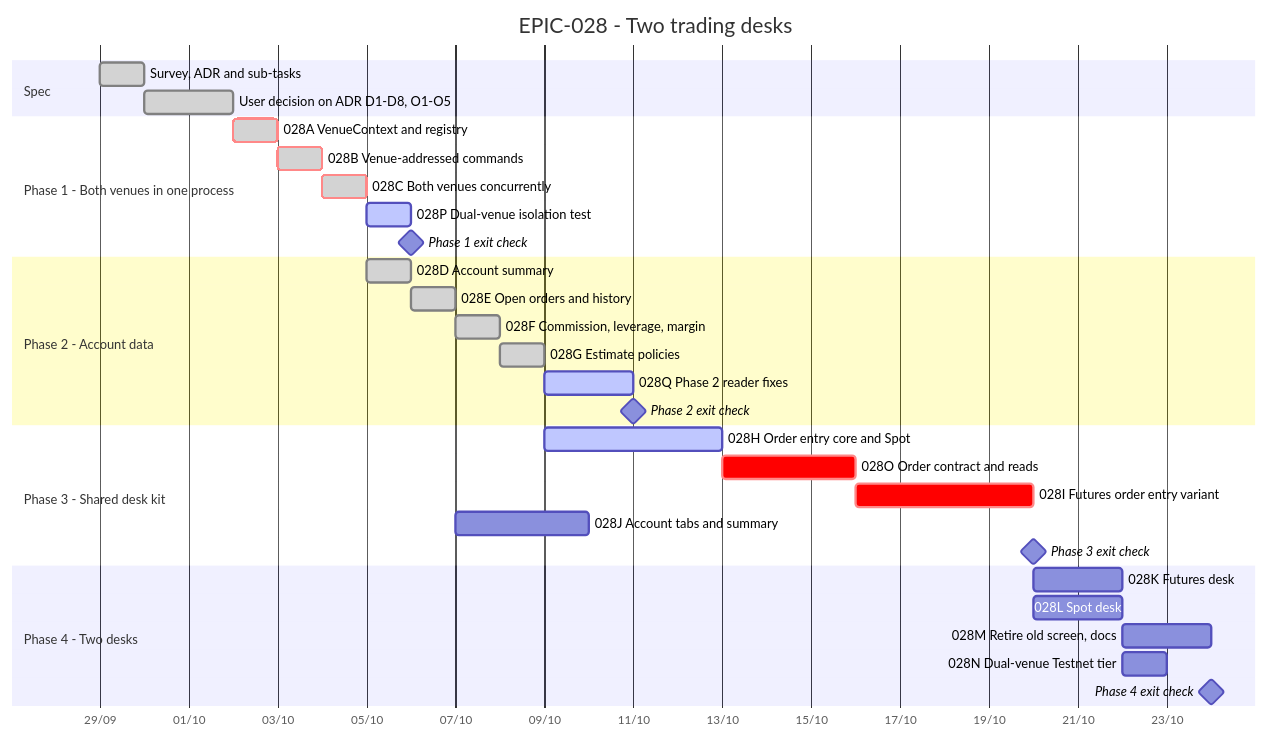
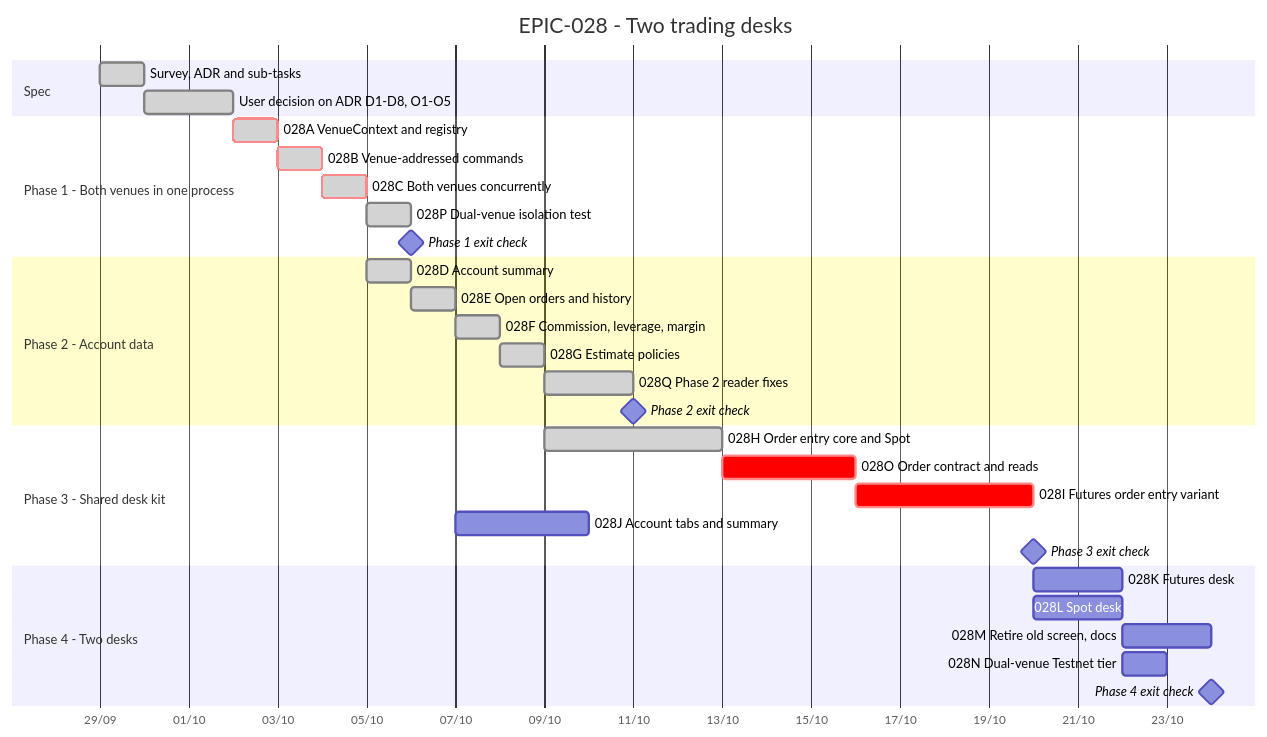
Before and after one commit to anhembedded/Sagittarius_Elite_Warrior: the diagram in Tasks/epics/EPIC-028_futures_and_spot_trading_desks/TRACKING.md, drawn with Mermaid. The commit also changed other lines of this file and 10 other files, not shown here.

````diff
--- a/Tasks/epics/EPIC-028_futures_and_spot_trading_desks/TRACKING.md
+++ b/Tasks/epics/EPIC-028_futures_and_spot_trading_desks/TRACKING.md
@@ -15,40 +15,40 @@
 ```mermaid
 gantt
     title EPIC-028 - Two trading desks
     dateFormat  YYYY-MM-DD
     axisFormat  %d/%m
     todayMarker stroke-width:2px,stroke:#d33,opacity:0.6
 
     section Spec
     Survey, ADR and sub-tasks              :done,    s1, 2026-09-29, 1d
     User decision on ADR D1-D8, O1-O5      :done,    s2, after s1, 2d
 
     section Phase 1 - Both venues in one process
     028A VenueContext and registry         :crit, done, a, after s2, 1d
     028B Venue-addressed commands          :crit, done, b, after a, 1d
     028C Both venues concurrently          :crit, done, c, after b, 1d
-    028P Dual-venue isolation test         :active,  p, after c, 1d
+    028P Dual-venue isolation test         :done,    p, after c, 1d
     Phase 1 exit check                     :milestone, m1, after p, 0d
 
     section Phase 2 - Account data
     028D Account summary                   :done,    d, after c, 1d
     028E Open orders and history           :done,    e, after d, 1d
     028F Commission, leverage, margin      :done,    f, after e, 1d
     028G Estimate policies                 :done,    g, after f, 1d
-    028Q Phase 2 reader fixes              :active,  q, after g, 2d
+    028Q Phase 2 reader fixes              :done,    q, after g, 2d
     Phase 2 exit check                     :milestone, m2, after q, 0d
 
     section Phase 3 - Shared desk kit
-    028H Order entry core and Spot         :active,  h, after g, 4d
+    028H Order entry core and Spot         :done,    h, after g, 4d
     028O Order contract and reads          :crit,    o, after h, 3d
     028I Futures order entry variant       :crit,    i, after o, 4d
     028J Account tabs and summary          :         j, after e, 3d
     Phase 3 exit check                     :milestone, m3, after i, 0d
 
     section Phase 4 - Two desks
     028K Futures desk                      :         k, after m3, 2d
     028L Spot desk                         :         l, after m3, 2d
     028M Retire old screen, docs           :         mm, after k, 2d
     028N Dual-venue Testnet tier           :         n, after l, 1d
     Phase 4 exit check                     :milestone, m4, after mm, 0d
 ```
````
